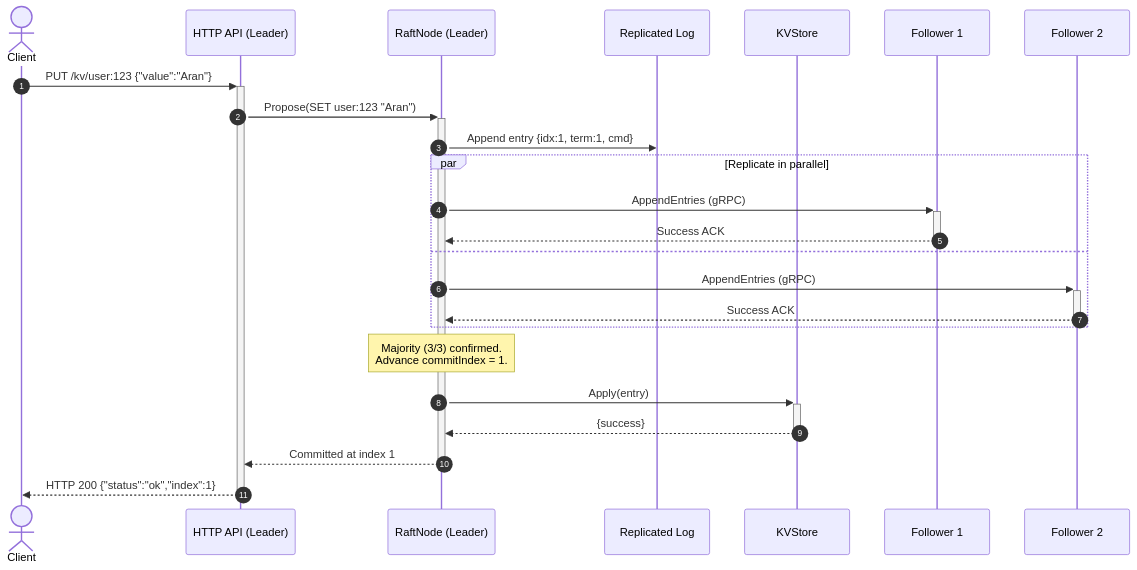
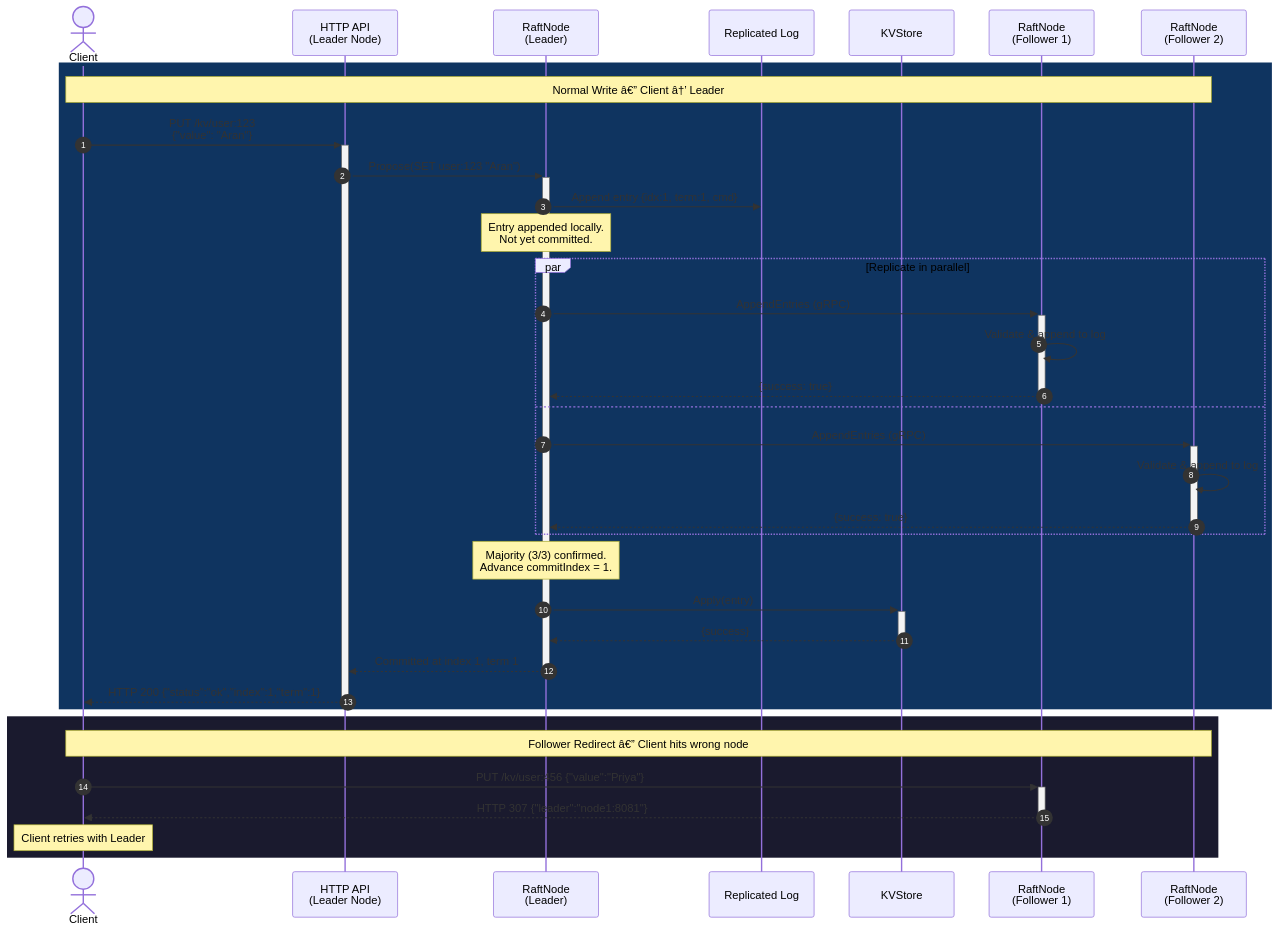
One commit to DynamicRaftKV/dynamic-raft-kv changed the third of 4 diagrams in README.md. Above: the diagram before and after it, drawn with Mermaid. The commit also changed other lines of this file, not shown here.

Commit message:
docs: replace ASCII diagrams with Mermaid, polish README visuals

````diff
--- a/README.md
+++ b/README.md
@@ -139,27 +155,40 @@
 ```mermaid
 sequenceDiagram
     autonumber
     actor Client
-    participant HTTP as HTTP API (Leader)
-    participant Raft as RaftNode (Leader)
+    participant HTTP as HTTP API<br/>(Leader Node)
+    participant Leader as RaftNode<br/>(Leader)
     participant Log as Replicated Log
     participant SM as KVStore
-    participant F1 as Follower 1
-    participant F2 as Follower 2
+    participant F1 as RaftNode<br/>(Follower 1)
+    participant F2 as RaftNode<br/>(Follower 2)
 
-    Client->>+HTTP: PUT /kv/user:123 {"value":"Aran"}
-    HTTP->>+Raft: Propose(SET user:123 "Aran")
-    Raft->>Log: Append entry {idx:1, term:1, cmd}
-    par Replicate in parallel
-        Raft->>+F1: AppendEntries (gRPC)
-        F1-->>-Raft: Success ACK
-    and
-        Raft->>+F2: AppendEntries (gRPC)
-        F2-->>-Raft: Success ACK
+    rect rgb(15, 52, 96)
+        Note over Client,F2: Normal Write â€” Client â†’ Leader
+        Client->>+HTTP: PUT /kv/user:123<br/>{"value": "Aran"}
+        HTTP->>+Leader: Propose(SET user:123 "Aran")
+        Leader->>Log: Append entry {idx:1, term:1, cmd}
+        Note over Leader: Entry appended locally.<br/>Not yet committed.
+        par Replicate in parallel
+            Leader->>+F1: AppendEntries (gRPC)
+            F1->>F1: Validate & append to log
+            F1-->>-Leader: {success: true}
+        and
+            Leader->>+F2: AppendEntries (gRPC)
+            F2->>F2: Validate & append to log
+            F2-->>-Leader: {success: true}
+        end
+        Note over Leader: Majority (3/3) confirmed.<br/>Advance commitIndex = 1.
+        Leader->>+SM: Apply(entry)
+        SM-->>-Leader: {success}
+        Leader-->>-HTTP: Committed at index 1, term 1
+        HTTP-->>-Client: HTTP 200 {"status":"ok","index":1,"term":1}
     end
-    Note over Raft: Majority (3/3) confirmed.<br/>Advance commitIndex = 1.
-    Raft->>+SM: Apply(entry)
-    SM-->>-Raft: {success}
-    Raft-->>-HTTP: Committed at index 1
-    HTTP-->>-Client: HTTP 200 {"status":"ok","index":1}
+
+    rect rgb(26, 26, 46)
+        Note over Client,F2: Follower Redirect â€” Client hits wrong node
+        Client->>+F1: PUT /kv/user:456 {"value":"Priya"}
+        F1-->>-Client: HTTP 307 {"leader":"node1:8081"}
+        Note over Client: Client retries with Leader
+    end
 ```
````
